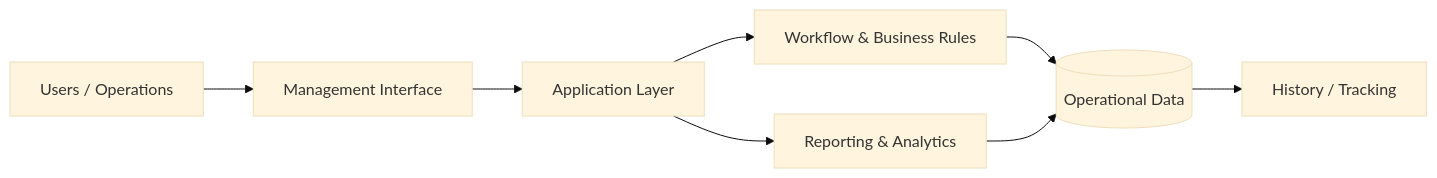
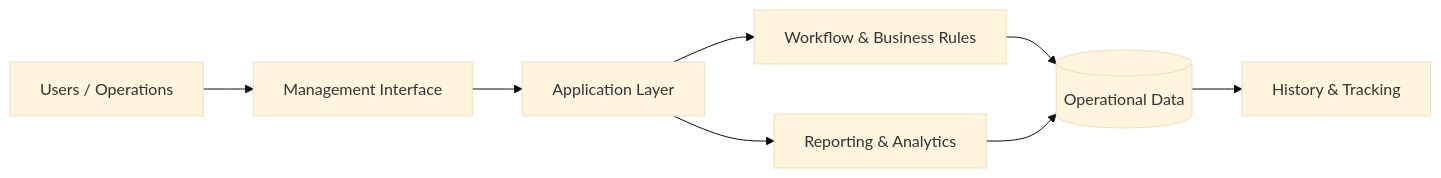
Before and after one commit to tahakubilay/mes-management-platform: the diagram in README.md, drawn with Mermaid (base theme). The commit also changed other lines of this file, not shown here.

````diff
--- a/README.md
+++ b/README.md
@@ -83,10 +28,10 @@
 ```mermaid
 flowchart LR
     U[Users / Operations] --> UI[Management Interface]
     UI --> APP[Application Layer]
     APP --> WF[Workflow & Business Rules]
     APP --> REP[Reporting & Analytics]
     WF --> DATA[(Operational Data)]
     REP --> DATA
-    DATA --> AUDIT[History / Tracking]
+    DATA --> HISTORY[History & Tracking]
 ```
````
